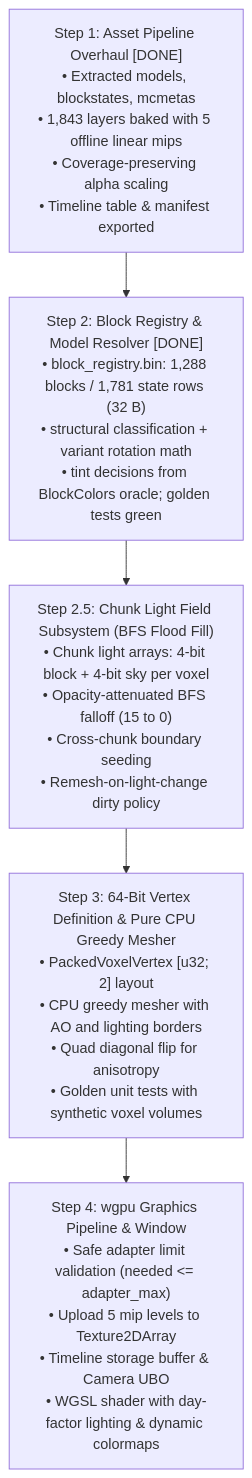
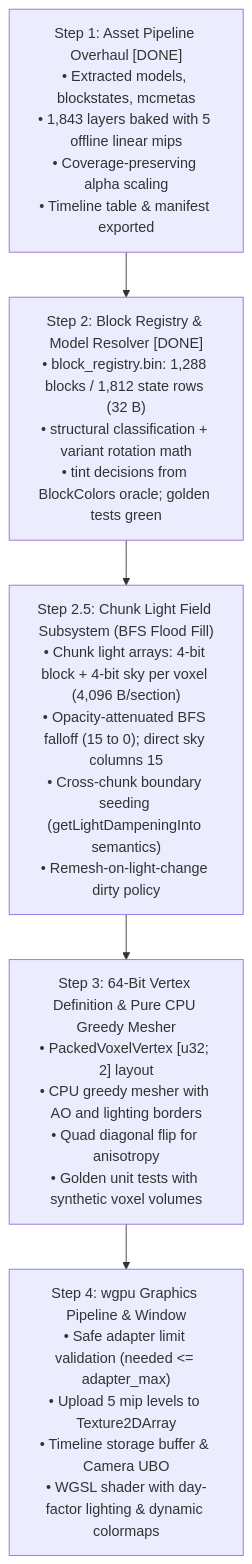
One commit to Merchant-Of-Life/crack-me changed the diagram in SPECS.md. Above: the diagram before and after it, drawn with Mermaid. The commit also changed other lines of this file and 4 other files, not shown here.

First line of the commit message:
step2.5 oracle: machine-extracted light emission/dampening from release-jar Blocks.java

````diff
--- a/SPECS.md
+++ b/SPECS.md
@@ -225,10 +277,10 @@
 ```mermaid
 flowchart TD
-    Step1["Step 1: Asset Pipeline Overhaul [DONE]<br/>• Extracted models, blockstates, mcmetas<br/>• 1,843 layers baked with 5 offline linear mips<br/>• Coverage-preserving alpha scaling<br/>• Timeline table & manifest exported"] --> Step2["Step 2: Block Registry & Model Resolver [DONE]<br/>• block_registry.bin: 1,288 blocks / 1,781 state rows (32 B)<br/>• structural classification + variant rotation math<br/>• tint decisions from BlockColors oracle; golden tests green"]
+    Step1["Step 1: Asset Pipeline Overhaul [DONE]<br/>• Extracted models, blockstates, mcmetas<br/>• 1,843 layers baked with 5 offline linear mips<br/>• Coverage-preserving alpha scaling<br/>• Timeline table & manifest exported"] --> Step2["Step 2: Block Registry & Model Resolver [DONE]<br/>• block_registry.bin: 1,288 blocks / 1,812 state rows (32 B)<br/>• structural classification + variant rotation math<br/>• tint decisions from BlockColors oracle; golden tests green"]
     
-    Step2 --> Step2_5["Step 2.5: Chunk Light Field Subsystem (BFS Flood Fill)<br/>• Chunk light arrays: 4-bit block + 4-bit sky per voxel<br/>• Opacity-attenuated BFS falloff (15 to 0)<br/>• Cross-chunk boundary seeding<br/>• Remesh-on-light-change dirty policy"]
+    Step2 --> Step2_5["Step 2.5: Chunk Light Field Subsystem (BFS Flood Fill)<br/>• Chunk light arrays: 4-bit block + 4-bit sky per voxel (4,096 B/section)<br/>• Opacity-attenuated BFS falloff (15 to 0); direct sky columns 15<br/>• Cross-chunk boundary seeding (getLightDampeningInto semantics)<br/>• Remesh-on-light-change dirty policy"]
     
     Step2_5 --> Step3["Step 3: 64-Bit Vertex Definition & Pure CPU Greedy Mesher<br/>• PackedVoxelVertex [u32; 2] layout<br/>• CPU greedy mesher with AO and lighting borders<br/>• Quad diagonal flip for anisotropy<br/>• Golden unit tests with synthetic voxel volumes"]
     
     Step3 --> Step4["Step 4: wgpu Graphics Pipeline & Window<br/>• Safe adapter limit validation (needed <= adapter_max)<br/>• Upload 5 mip levels to Texture2DArray<br/>• Timeline storage buffer & Camera UBO<br/>• WGSL shader with day-factor lighting & dynamic colormaps"]
 ```
````
